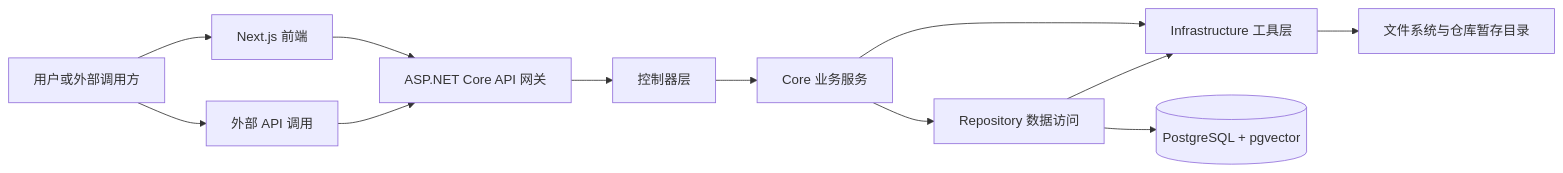
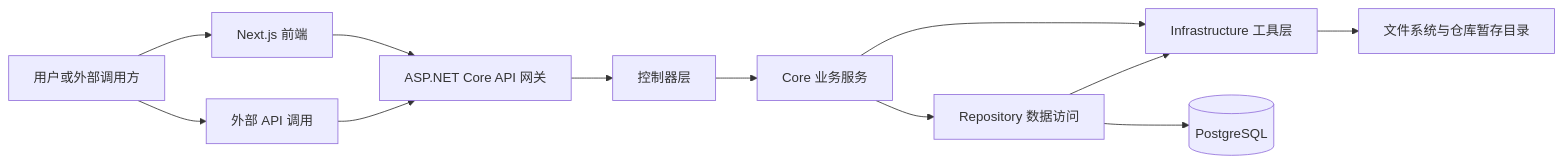
The first of 2 diagrams in docs/architecture/overview/system-overview.md (daohunliwei/Heimdall), drawn with Mermaid before and after one commit. The commit also changed other lines of this file and 34 other files, not shown here.

````diff
--- a/docs/architecture/overview/system-overview.md
+++ b/docs/architecture/overview/system-overview.md
@@ -29,17 +29,17 @@
 ```mermaid
 flowchart LR
     User[用户或外部调用方] --> Frontend[Next.js 前端]
     User --> ApiCaller[外部 API 调用]
 
     Frontend --> Gateway[ASP.NET Core API 网关]
     ApiCaller --> Gateway
 
     Gateway --> Controllers[控制器层]
     Controllers --> Core[Core 业务服务]
     Core --> Repo[Repository 数据访问]
     Core --> Infra[Infrastructure 工具层]
     Repo --> Infra
 
-    Repo --> Pg[(PostgreSQL + pgvector)]
+    Repo --> Pg[(PostgreSQL)]
     Infra --> Fs[文件系统与仓库暂存目录]
 ```
````
